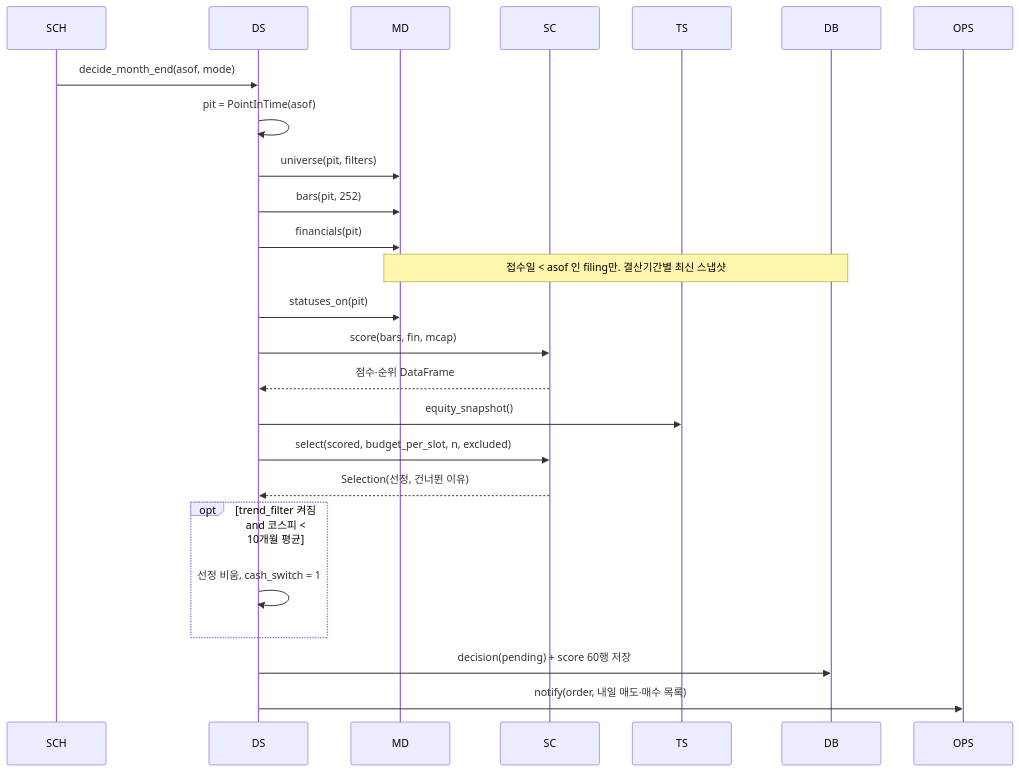
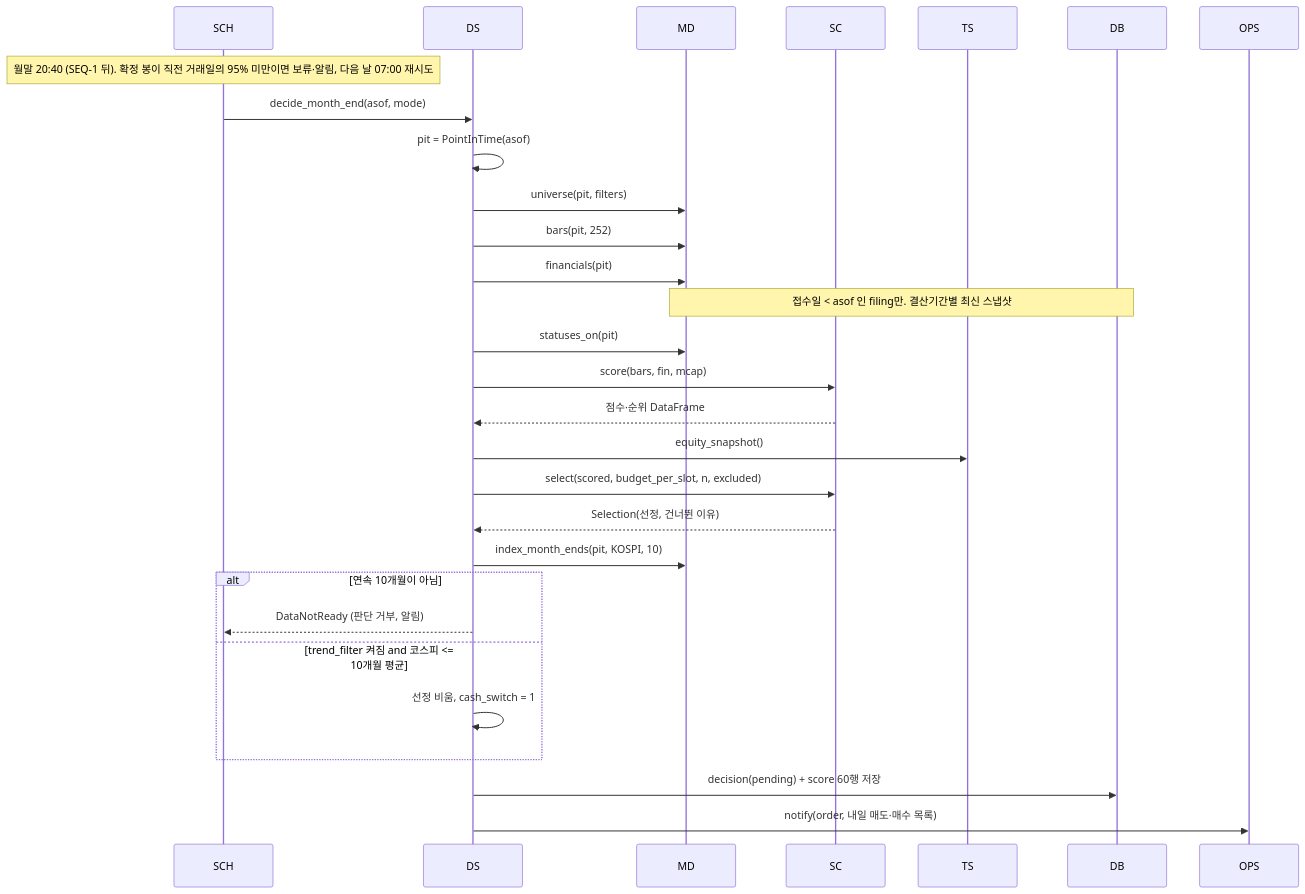
The second of 6 diagrams in docs/specs/09-SEQ/QBOT-SEQ-001.md (HoyoungParkme/quant-rebalance-bot), drawn with Mermaid before and after one commit. The commit also changed other lines of this file, not shown here.

Commit message:
SEQ-1에 손절 표시, SEQ-4를 두 단계(08:40 매도·09:05 매수)로 고치고 체결 기록→대조 순서·여유 몫·손절 매도 반영, SEQ-2 시각 20:40(확정 봉)

````diff
--- a/docs/specs/09-SEQ/QBOT-SEQ-001.md
+++ b/docs/specs/09-SEQ/QBOT-SEQ-001.md
@@ -82,27 +92,31 @@
 ```mermaid
 sequenceDiagram
   participant SCH
   participant DS
   participant MD
   participant SC
   participant TS
   participant DB
   participant OPS
+  Note over SCH: 월말 20:40 (SEQ-1 뒤). 확정 봉이 직전 거래일의 95% 미만이면 보류·알림, 다음 날 07:00 재시도
   SCH->>DS: decide_month_end(asof, mode)
   DS->>DS: pit = PointInTime(asof)
   DS->>MD: universe(pit, filters)
   DS->>MD: bars(pit, 252)
   DS->>MD: financials(pit)
   Note over MD,DB: 접수일 < asof 인 filing만. 결산기간별 최신 스냅샷
   DS->>MD: statuses_on(pit)
   DS->>SC: score(bars, fin, mcap)
   SC-->>DS: 점수·순위 DataFrame
   DS->>TS: equity_snapshot()
   DS->>SC: select(scored, budget_per_slot, n, excluded)
   SC-->>DS: Selection(선정, 건너뛴 이유)
-  opt trend_filter 켜짐 and 코스피 < 10개월 평균
+  DS->>MD: index_month_ends(pit, KOSPI, 10)
+  alt 연속 10개월이 아님
+    DS-->>SCH: DataNotReady (판단 거부, 알림)
+  else trend_filter 켜짐 and 코스피 <= 10개월 평균
     DS->>DS: 선정 비움, cash_switch = 1
   end
   DS->>DB: decision(pending) + score 60행 저장
   DS->>OPS: notify(order, 내일 매도·매수 목록)
 ```
````
